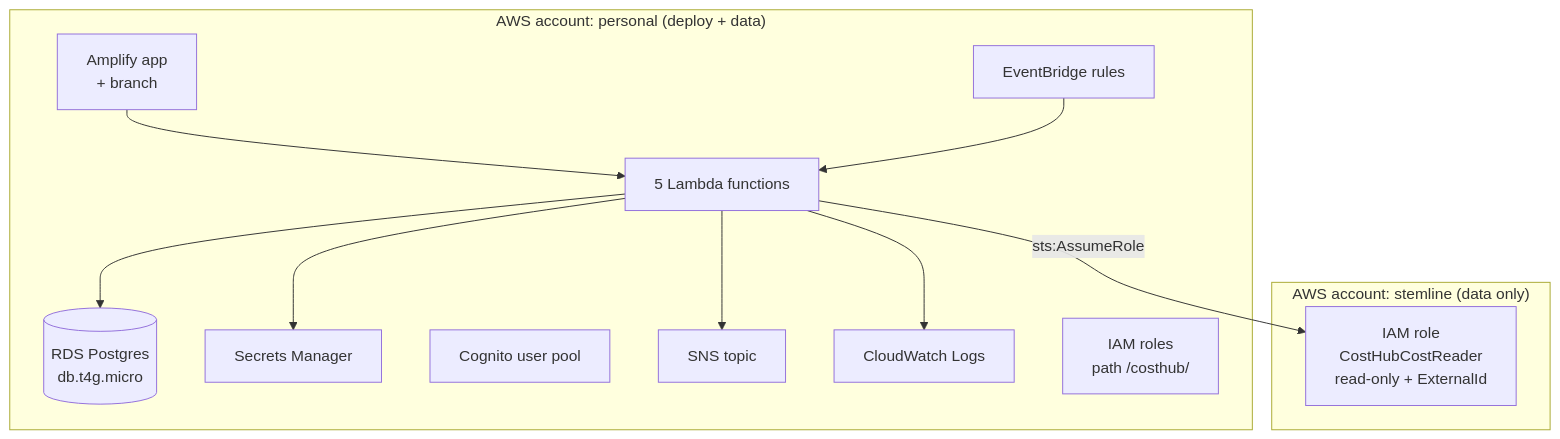
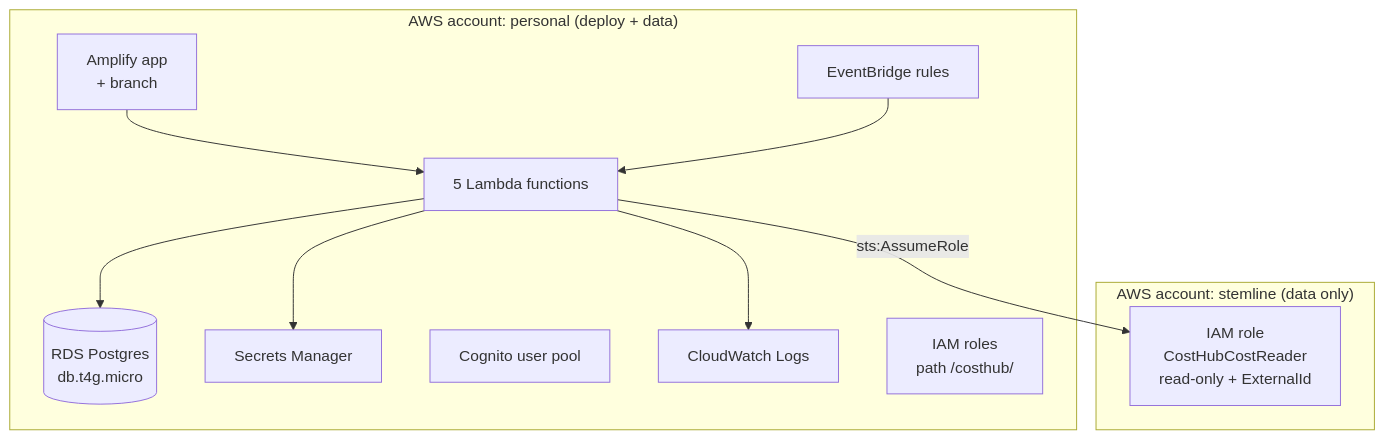
The fourth of 4 diagrams in docs/02-architecture.md (Hemanth0411/Cloud_Cost_Intelligence_Hub), drawn with Mermaid before and after one commit. The commit also changed other lines of this file and 47 other files, not shown here.

````diff
--- a/docs/02-architecture.md
+++ b/docs/02-architecture.md
@@ -151,26 +150,24 @@
 ```mermaid
 graph TB
     subgraph PERSONAL["AWS account: personal (deploy + data)"]
         AMP["Amplify app<br/>+ branch"]
         LAM["5 Lambda functions"]
         RDS[("RDS Postgres<br/>db.t4g.micro")]
         SM["Secrets Manager"]
         COG["Cognito user pool"]
         EB["EventBridge rules"]
-        SNS["SNS topic"]
         CWL["CloudWatch Logs"]
         ROLE["IAM roles<br/>path /costhub/"]
     end
 
     subgraph STEMLINE["AWS account: stemline (data only)"]
         CRR["IAM role<br/>CostHubCostReader<br/>read-only + ExternalId"]
     end
 
     LAM -->|sts:AssumeRole| CRR
     LAM --> RDS
     LAM --> SM
     AMP --> LAM
     EB --> LAM
     LAM --> CWL
-    LAM --> SNS
 ```
````
